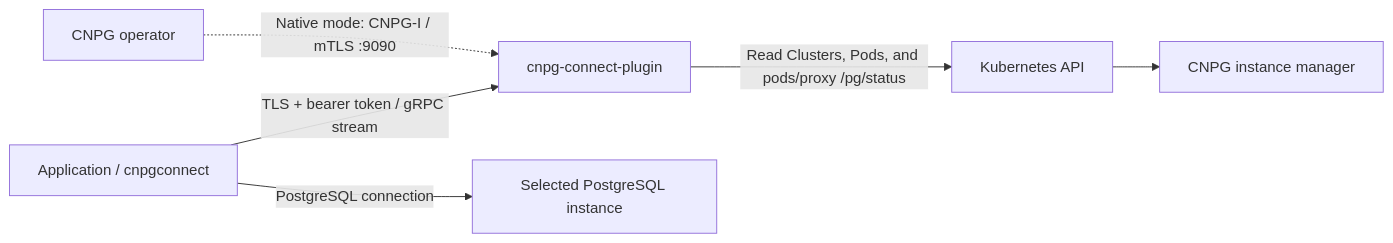
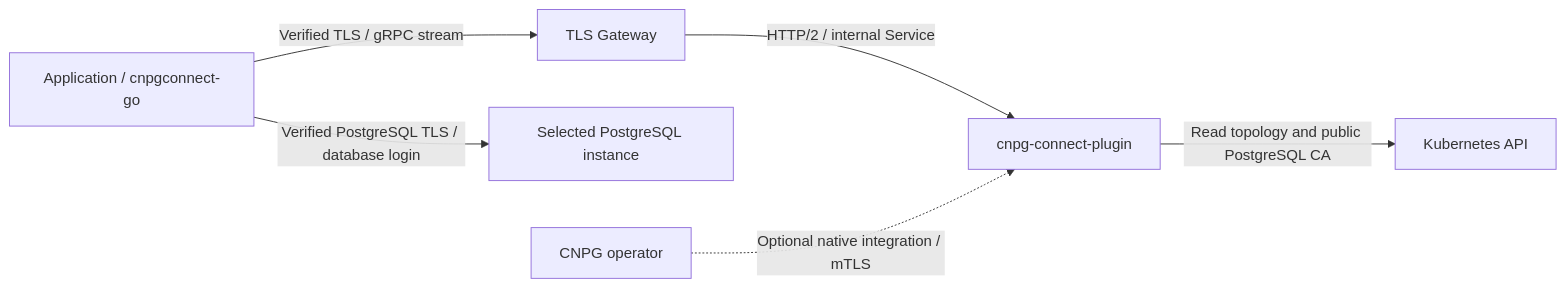
One commit to nakiner/cnpg-connect-plugin changed the diagram in README.md. Above: the diagram before and after it, drawn with Mermaid. The commit also changed other lines of this file and 33 other files, not shown here.

````diff
--- a/README.md
+++ b/README.md
@@ -29,8 +133,8 @@
 ```mermaid
 flowchart LR
-    O[CNPG operator] -.->|Native mode: CNPG-I / mTLS :9090| P[cnpg-connect-plugin]
-    P -->|Read Clusters, Pods, and pods/proxy /pg/status| K[Kubernetes API]
-    K --> I[CNPG instance manager]
-    G[Application / cnpgconnect] -->|TLS + bearer token / gRPC stream| P
-    G -->|PostgreSQL connection| D[Selected PostgreSQL instance]
+    A[Application / cnpgconnect-go] -->|Verified TLS / gRPC stream| G[TLS Gateway]
+    G -->|HTTP/2 / internal Service| P[cnpg-connect-plugin]
+    P -->|Read topology and public PostgreSQL CA| K[Kubernetes API]
+    A -->|Verified PostgreSQL TLS / database login| D[Selected PostgreSQL instance]
+    O[CNPG operator] -.->|Optional native integration / mTLS| P
 ```
````
